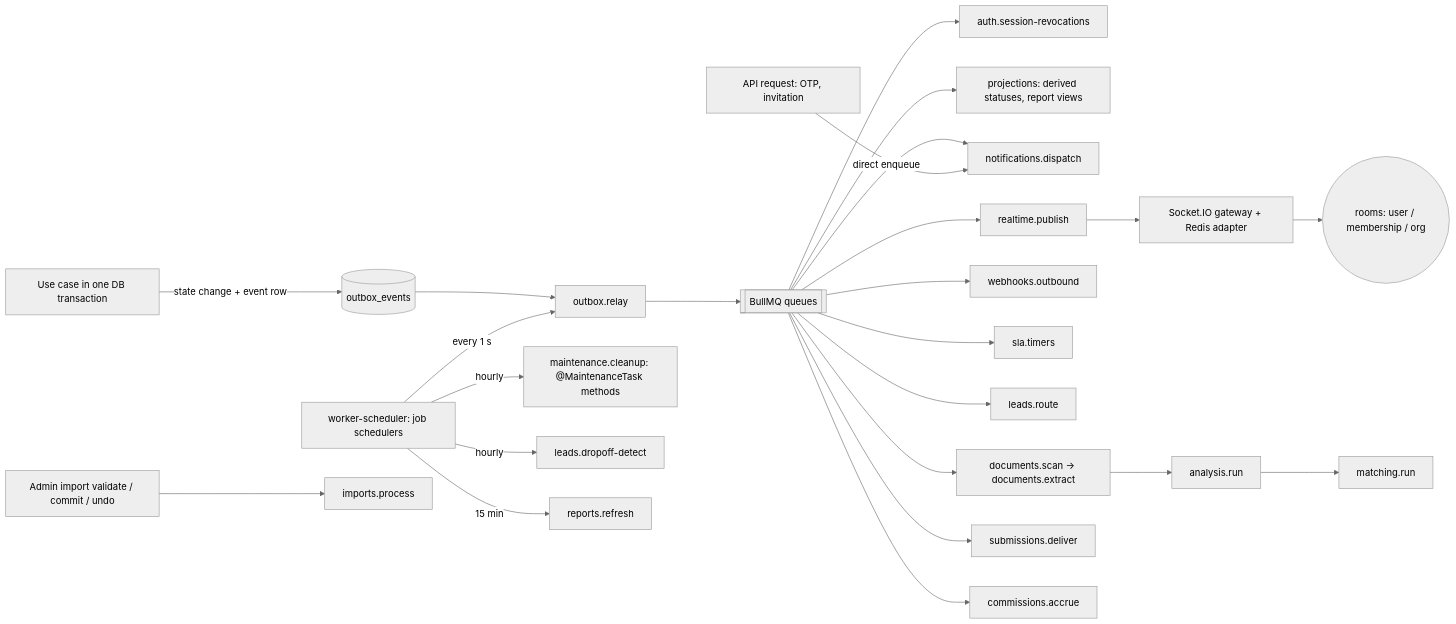
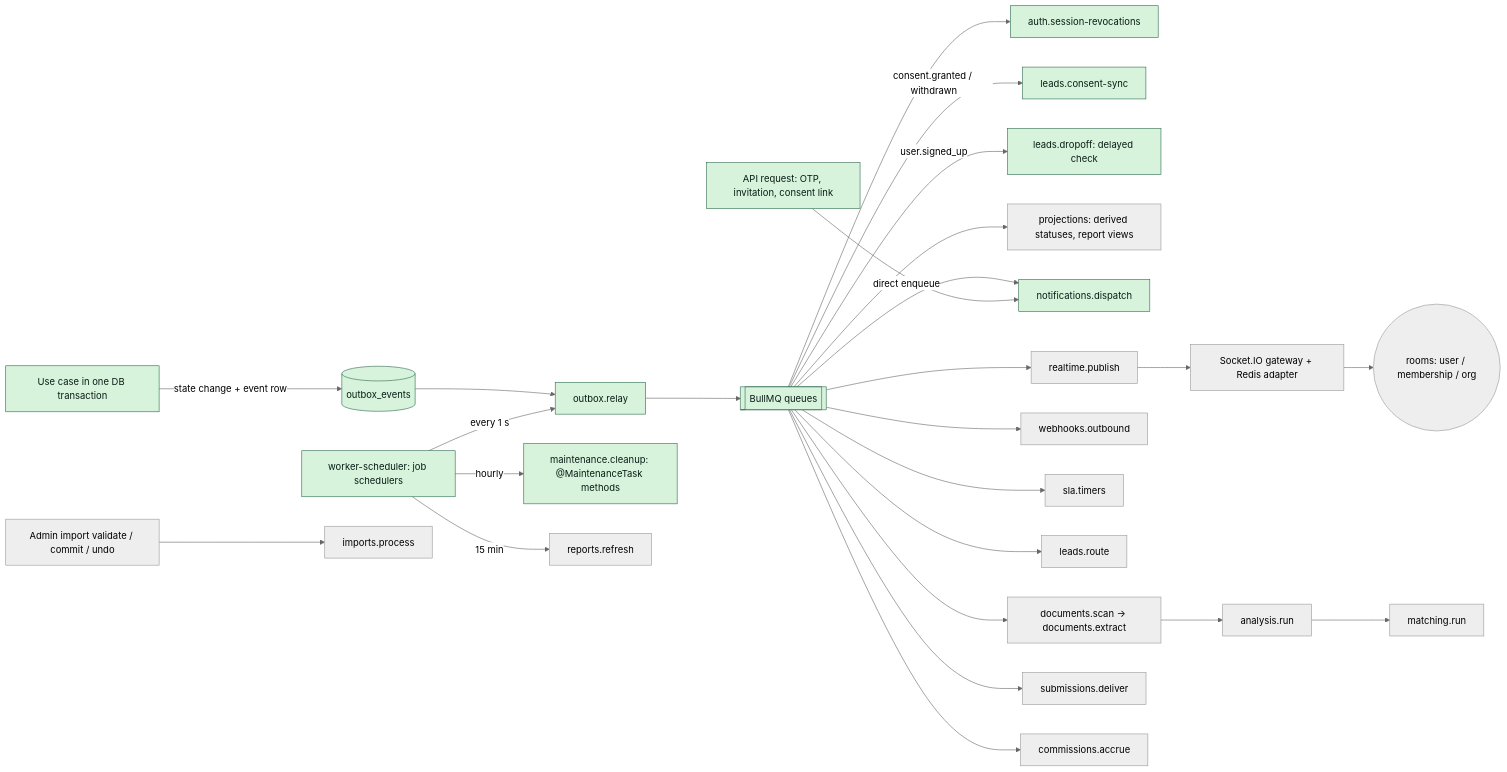
Before and after one commit to Shaikhfaruk/fundenflo: diagram 14 of 14 in docs/ARCHITECTURE.md, drawn with Mermaid (neutral theme). The commit also changed other lines of this file and 49 other files, not shown here.

First line of the commit message:
M1.6b: consent links for leads, consent sync worker and app drop-offs

````diff
--- a/docs/ARCHITECTURE.md
+++ b/docs/ARCHITECTURE.md
@@ -448,26 +448,29 @@
 ```mermaid
 flowchart LR
   UC[Use case in one DB transaction] -->|state change + event row| OB[(outbox_events)]
   OB --> RELAY[outbox.relay]
   SCHED[worker-scheduler: job schedulers] -->|every 1 s| RELAY
   SCHED -->|hourly| MAINT[maintenance.cleanup: @MaintenanceTask methods]
   RELAY --> Q[[BullMQ queues]]
   Q --> REVOKE[auth.session-revocations]
+  Q -->|consent.granted / withdrawn| CSYNC[leads.consent-sync]
+  Q -->|user.signed_up| DROPQ[leads.dropoff: delayed check]
   Q --> PROJ[projections: derived statuses, report views]
   Q --> NOTIF[notifications.dispatch]
   Q --> RTP[realtime.publish]
   Q --> WHO[webhooks.outbound]
   Q --> SLAQ[sla.timers]
   Q --> ROUTEQ[leads.route]
   Q --> DOCQ[documents.scan → documents.extract]
   DOCQ --> ANQ[analysis.run]
   ANQ --> MQ2[matching.run]
   Q --> SUBQ[submissions.deliver]
   Q --> COMQ[commissions.accrue]
   RTP --> GW[Socket.IO gateway + Redis adapter]
   GW --> ROOMS((rooms: user / membership / org))
   IMPAPI[Admin import validate / commit / undo] --> IMPQ[imports.process]
-  SCHED -->|hourly| DROPQ[leads.dropoff-detect]
   SCHED -->|15 min| REP[reports.refresh]
-  API[API request: OTP, invitation] -->|direct enqueue| NOTIF
+  API[API request: OTP, invitation, consent link] -->|direct enqueue| NOTIF
+  classDef built fill:#d8f3dc,stroke:#2d6a4f,color:#081c15
+  class UC,OB,RELAY,SCHED,MAINT,Q,REVOKE,CSYNC,DROPQ,NOTIF,API built
 ```
````
